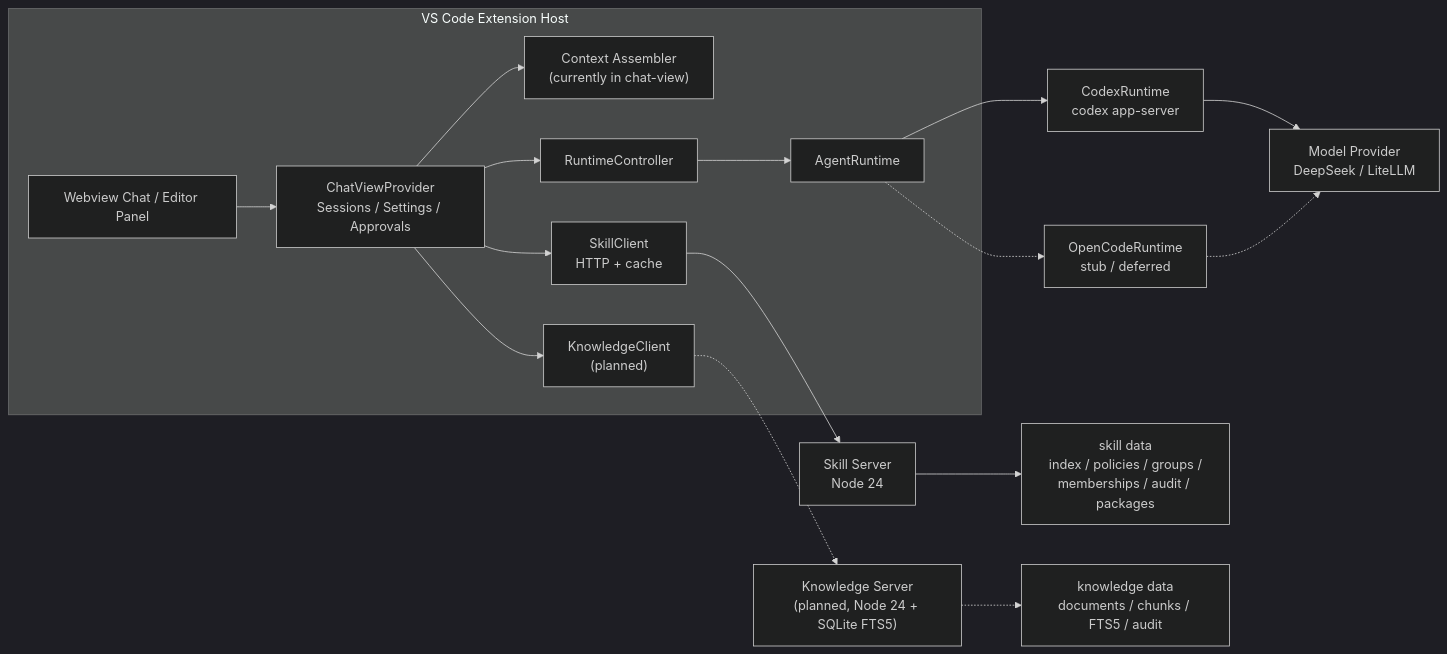
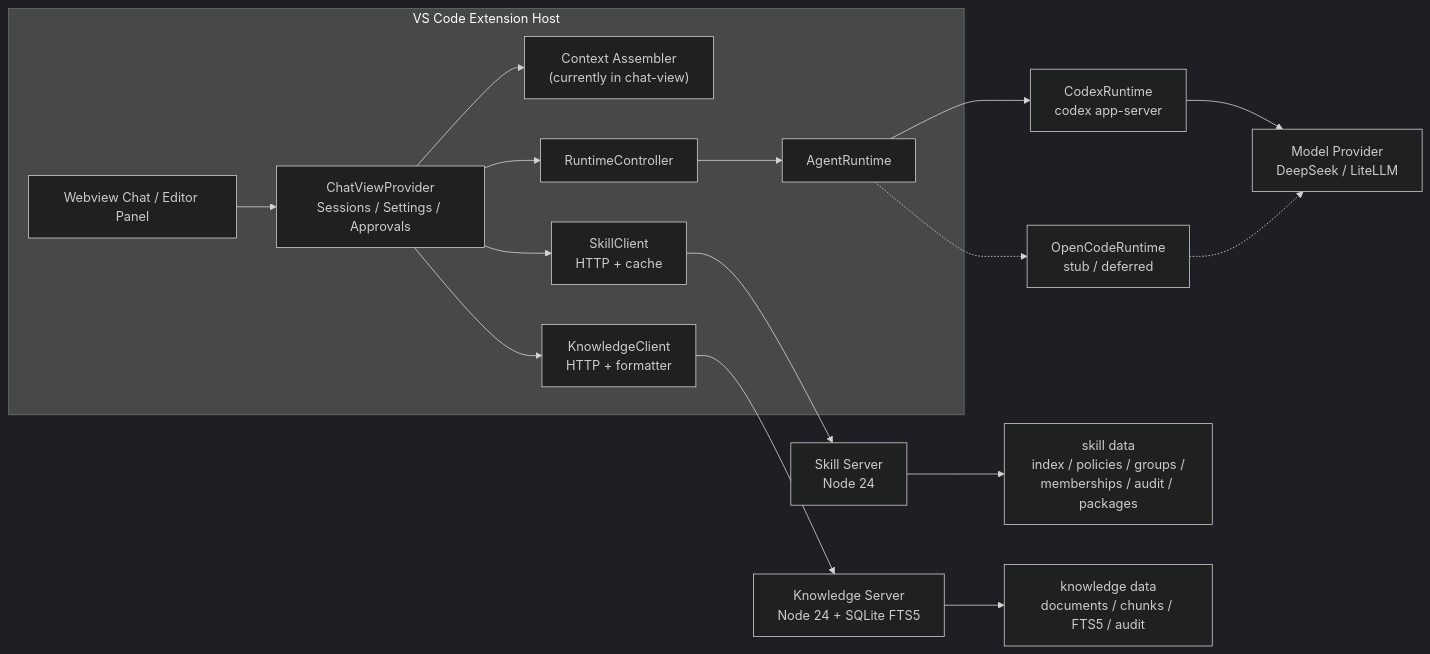
One commit to ozzzzzh/AgentBox changed the first of 4 diagrams in ARCHITECTURE.md. Above: the diagram before and after it, drawn with Mermaid (dark theme). The commit also changed other lines of this file and 39 other files, not shown here.

````diff
--- a/ARCHITECTURE.md
+++ b/ARCHITECTURE.md
@@ -46,30 +46,30 @@
 ```mermaid
 flowchart LR
   subgraph VSCode["VS Code Extension Host"]
     Webview["Webview Chat / Editor Panel"]
     Chat["ChatViewProvider\nSessions / Settings / Approvals"]
     Context["Context Assembler\n(currently in chat-view)"]
     SkillClient["SkillClient\nHTTP + cache"]
-    KnowledgeClient["KnowledgeClient\n(planned)"]
+    KnowledgeClient["KnowledgeClient\nHTTP + formatter"]
     Controller["RuntimeController"]
     Runtime["AgentRuntime"]
   end
 
   Webview --> Chat
   Chat --> Context
   Chat --> SkillClient
   Chat --> KnowledgeClient
   Chat --> Controller
   Controller --> Runtime
 
   Runtime --> Codex["CodexRuntime\ncodex app-server"]
   Runtime -.-> OpenCode["OpenCodeRuntime\nstub / deferred"]
   Codex --> Model["Model Provider\nDeepSeek / LiteLLM"]
   OpenCode -.-> Model
 
   SkillClient --> SkillServer["Skill Server\nNode 24"]
-  KnowledgeClient -.-> KnowledgeServer["Knowledge Server\n(planned, Node 24 + SQLite FTS5)"]
+  KnowledgeClient --> KnowledgeServer["Knowledge Server\nNode 24 + SQLite FTS5"]
 
   SkillServer --> SkillData["skill data\nindex / policies / groups /\nmemberships / audit / packages"]
-  KnowledgeServer -.-> KBData["knowledge data\ndocuments / chunks / FTS5 / audit"]
+  KnowledgeServer --> KBData["knowledge data\ndocuments / chunks / FTS5 / audit"]
 ```
````
